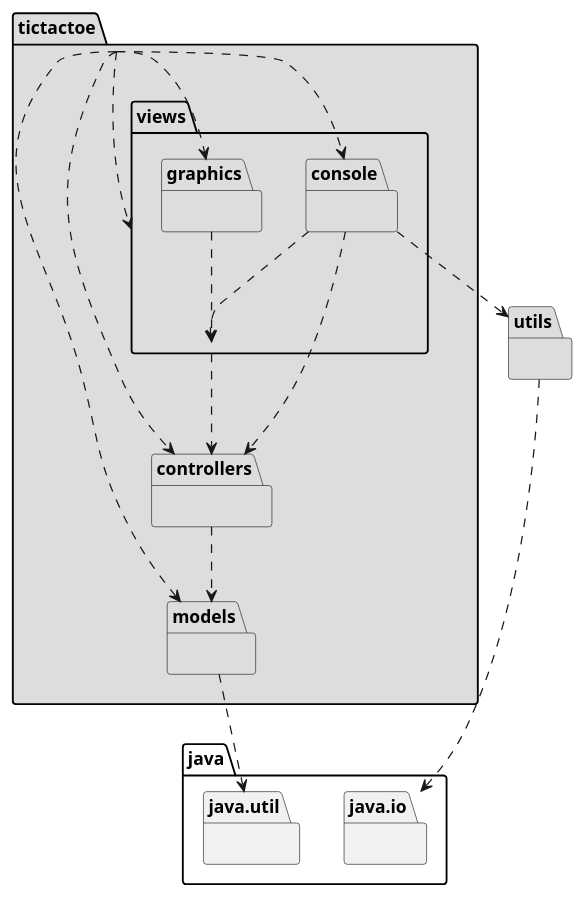
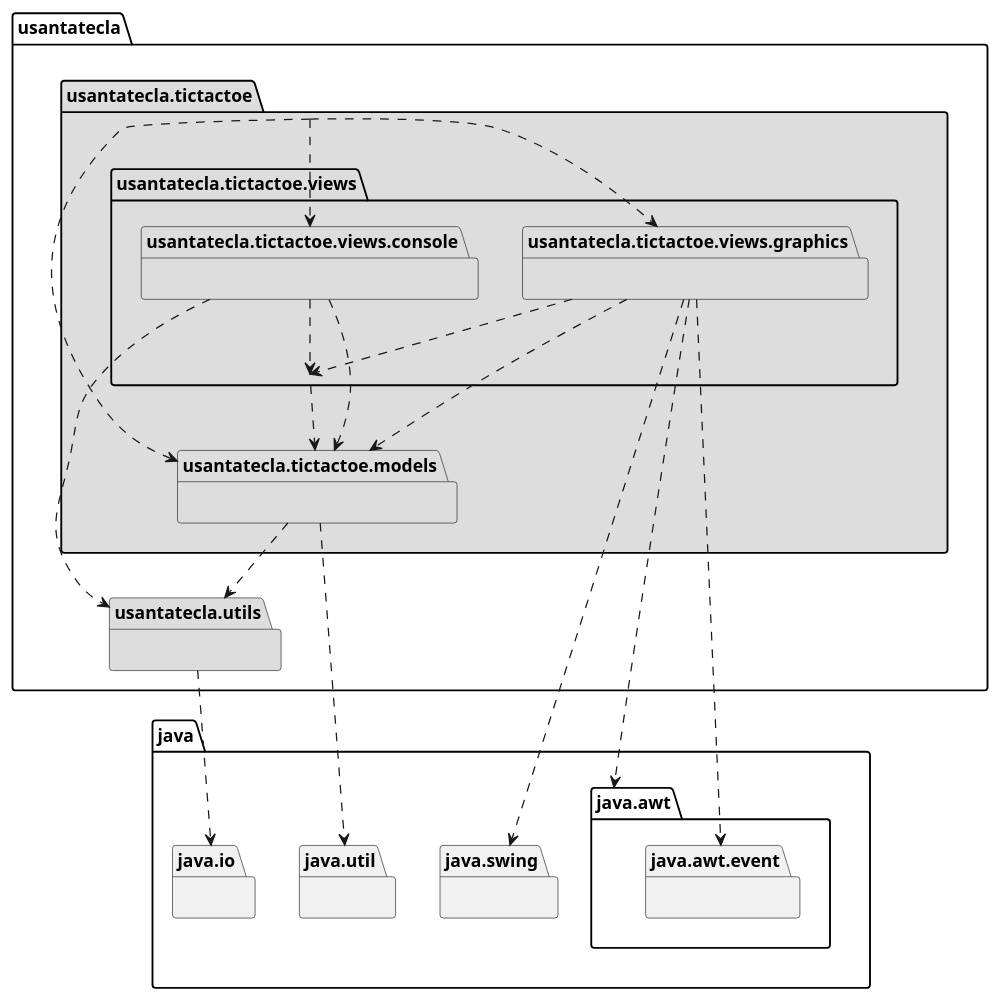
Before and after one commit to Jolucaa/USantaTecla-project-ticTacToe: the diagram in modelViewPresenter/presentationModel/basic/docs/diagrams/src/arquitectura.plantuml, drawn with PlantUML. The commit also changed 149 other files, not shown here.

```diff
--- a/modelViewPresenter/presentationModel/basic/docs/diagrams/src/arquitectura.plantuml
+++ b/modelViewPresenter/presentationModel/basic/docs/diagrams/src/arquitectura.plantuml
@@ -1,31 +1,29 @@
 @startuml arquitectura
-package tictactoe #DDDDDD { }
-tictactoe .down.> tictactoe.views.graphics
-tictactoe .down.> tictactoe.models
-tictactoe .down.> tictactoe.views.console
-tictactoe .down.> tictactoe.controllers
-tictactoe .down.> tictactoe.views
+package usantatecla.tictactoe #DDDDDD { }
+package usantatecla.tictactoe.models #DDDDDD { }
+package usantatecla.tictactoe.views #DDDDDD { }
+package usantatecla.tictactoe.views.console #DDDDDD { }
+package usantatecla.tictactoe.views.graphics #DDDDDD { }
+package usantatecla.utils #DDDDDD { }
+package java.util{ }
+package java.awt{ }
+package java.awt.event{ }
+package java.swing{ }
+usantatecla.tictactoe .down.> usantatecla.tictactoe.models
+usantatecla.tictactoe .down.> usantatecla.tictactoe.views.console
+usantatecla.tictactoe .down.> usantatecla.tictactoe.views.graphics
+usantatecla.tictactoe.views.console .down.> usantatecla.tictactoe.views
+usantatecla.tictactoe.views.graphics .down.> usantatecla.tictactoe.views
+usantatecla.tictactoe.views.graphics .down.> java.awt
+usantatecla.tictactoe.views.graphics .down.> java.awt.event
+usantatecla.tictactoe.views.graphics .down.> java.swing
+usantatecla.tictactoe.models .down.> java.util
+usantatecla.tictactoe.models .down.> usantatecla.utils
+usantatecla.tictactoe.views.console .down.> usantatecla.utils
+usantatecla.tictactoe.views .down.> usantatecla.tictactoe.models
+usantatecla.tictactoe.views.console .down.> usantatecla.tictactoe.models
+usantatecla.tictactoe.views.graphics .down.> usantatecla.tictactoe.models
 
-package tictactoe.controllers #DDDDDD { }
-tictactoe.controllers .down.> tictactoe.models
-
-package tictactoe.models #DDDDDD { }
-package java.util{ }
-tictactoe.models .down.> java.util
-
-package utils #DDDDDD { }
 package java.io{ }
-utils .down.> java.io
-
-package tictactoe.views #DDDDDD { }
-tictactoe.views .down.> tictactoe.controllers
-
-package tictactoe.views.console #DDDDDD { }
-tictactoe.views.console .down.> tictactoe.views
-tictactoe.views.console .down.> tictactoe.controllers
-tictactoe.views.console .down.> utils
-
-package tictactoe.views.graphics #DDDDDD { }
-tictactoe.views.graphics .down.> tictactoe.views
-
+usantatecla.utils .down.> java.io
 @enduml
```
